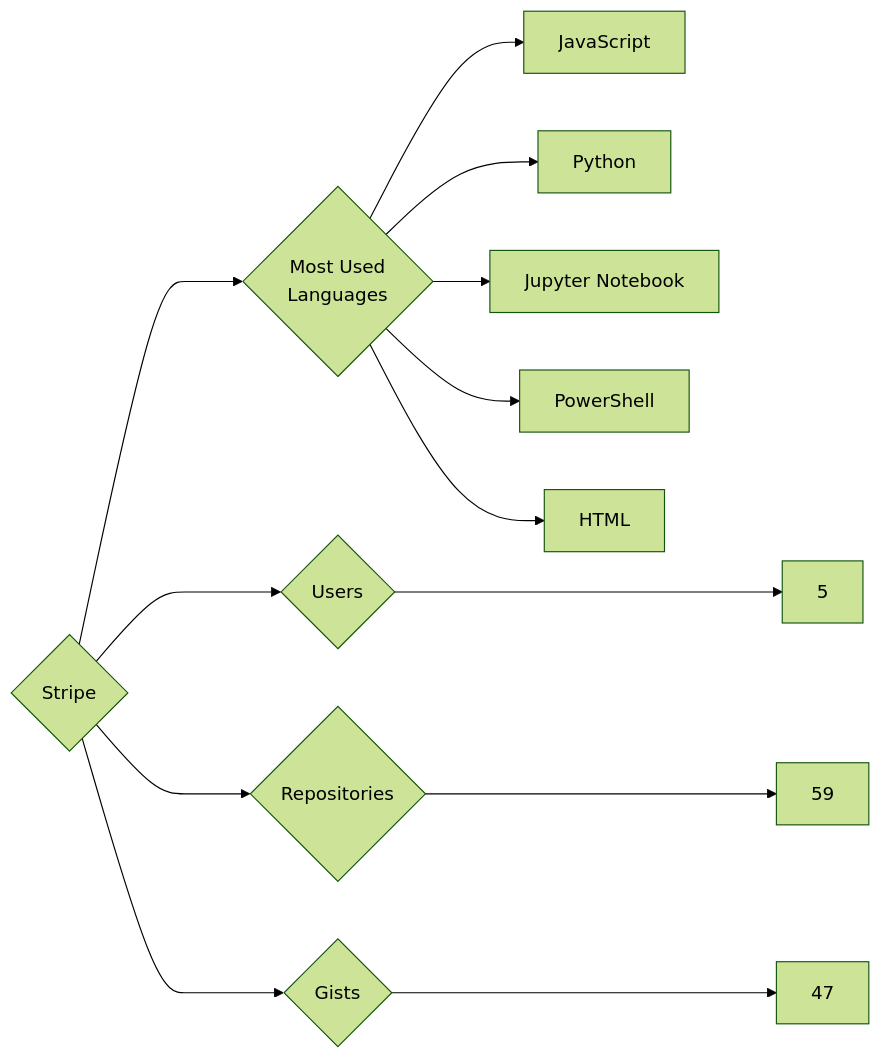
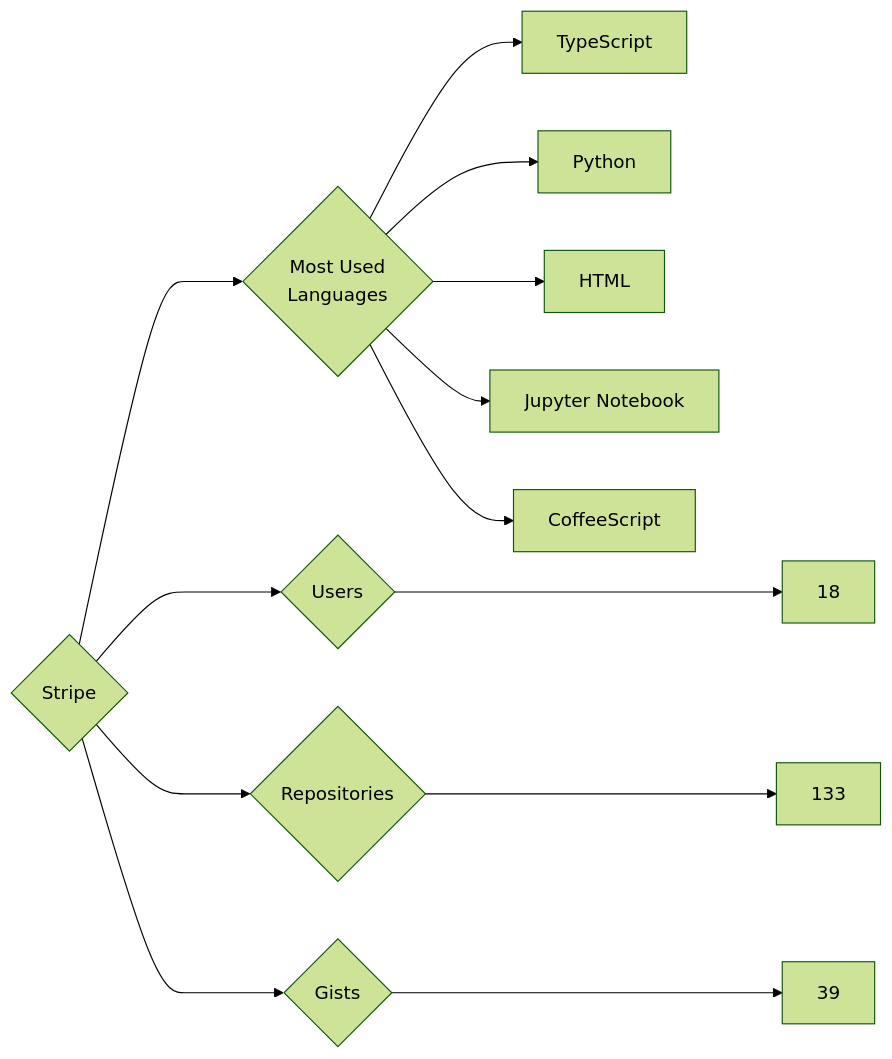
The diagram in targets/Stripe/README.md (trickest/insiders), drawn with Mermaid (forest theme) before and after one commit. The commit also changed 970 other files, not shown here.

````diff
--- a/targets/Stripe/README.md
+++ b/targets/Stripe/README.md
@@ -3,13 +3,13 @@
 ```mermaid
 graph LR
 COMPANY_NAME{Stripe}
-COMPANY_NAME ---> U{Users} ---> UN[5]
-COMPANY_NAME ---> R{Repositories} ---> RN[59]
-COMPANY_NAME ---> G{Gists} ---> GN[47]
+COMPANY_NAME ---> U{Users} ---> UN[18]
+COMPANY_NAME ---> R{Repositories} ---> RN[133]
+COMPANY_NAME ---> G{Gists} ---> GN[39]
 COMPANY_NAME ---> ML{Most Used<br>Languages}
-ML --> JavaScript[JavaScript]
+ML --> TypeScript[TypeScript]
 ML --> Python[Python]
+ML --> HTML[HTML]
 ML --> Jupyter_Notebook[Jupyter Notebook]
-ML --> PowerShell[PowerShell]
-ML --> HTML[HTML]
+ML --> CoffeeScript[CoffeeScript]
 ```
````
